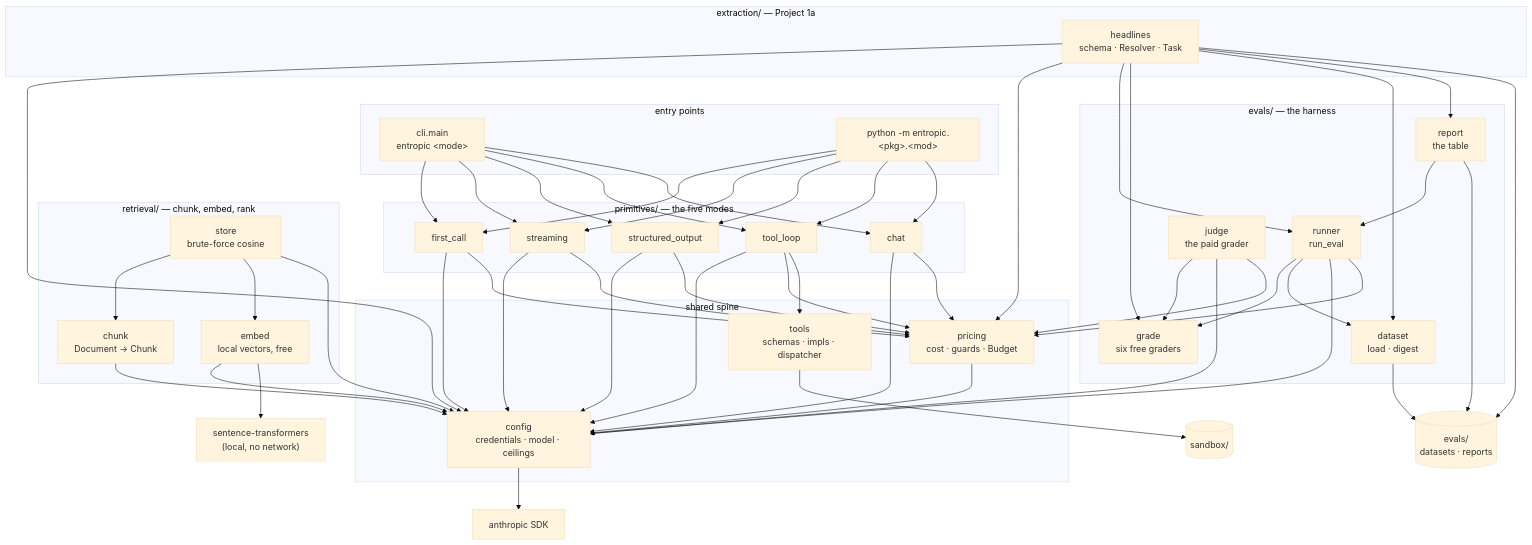
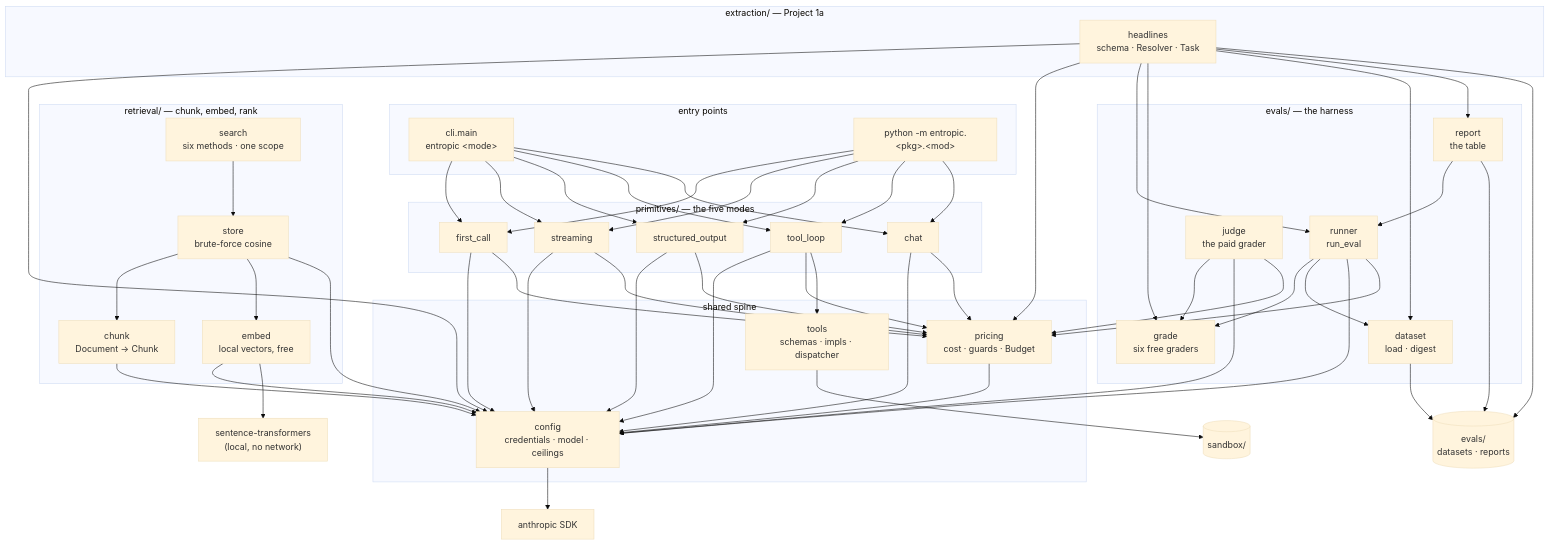
One commit to vedantdeo/aigent changed the diagram in docs/knowledge-graph.md. Above: the diagram before and after it, drawn with Mermaid (base theme). The commit also changed other lines of this file and 8 other files, not shown here.

First line of the commit message:
Move the ranking into retrieval/search.py, so the eval and its callers share one

````diff
--- a/docs/knowledge-graph.md
+++ b/docs/knowledge-graph.md
@@ -51,63 +51,65 @@
 ```mermaid
 graph TD
     subgraph entry["entry points"]
         CLI["cli.main<br/>entropic &lt;mode&gt;"]
         DUNDER["python -m entropic.&lt;pkg&gt;.&lt;mod&gt;"]
     end
 
     subgraph primitives["primitives/ — the five modes"]
         FC["first_call"]
         ST["streaming"]
         SO["structured_output"]
         TL["tool_loop"]
         CH["chat"]
     end
 
     subgraph retrieval["retrieval/ — chunk, embed, rank"]
         CHK["chunk<br/>Document → Chunk"]
         EMB["embed<br/>local vectors, free"]
         STR["store<br/>brute-force cosine"]
+        SRCH["search<br/>six methods · one scope"]
     end
 
     subgraph extraction["extraction/ — Project 1a"]
         HL["headlines<br/>schema · Resolver · Task"]
     end
 
     subgraph evals["evals/ — the harness"]
         RUN["runner<br/>run_eval"]
         GRD["grade<br/>six free graders"]
         JDG["judge<br/>the paid grader"]
         DAT["dataset<br/>load · digest"]
         REP["report<br/>the table"]
     end
 
     subgraph shared["shared spine"]
         CFG["config<br/>credentials · model · ceilings"]
         PRC["pricing<br/>cost · guards · Budget"]
         TOOLS["tools<br/>schemas · impls · dispatcher"]
     end
 
     SDK["anthropic SDK"]
     BOX[("sandbox/")]
     DISK[("evals/<br/>datasets · reports")]
 
     CLI --> FC & ST & SO & TL & CH
     DUNDER --> FC & ST & SO & TL & CH
     FC & ST & SO & CH --> CFG & PRC
     TL --> CFG & PRC
     TL --> TOOLS
     RUN --> GRD & DAT & CFG & PRC
     JDG --> GRD & CFG & PRC
     CHK --> CFG
     EMB --> CFG
     STR --> CHK & EMB & CFG
+    SRCH --> STR
     EMB --> ST2["sentence-transformers<br/>(local, no network)"]
     REP --> RUN
     HL --> CFG & PRC
     HL --> RUN & GRD & DAT & REP
     HL --> DISK
     DAT & REP --> DISK
     PRC --> CFG
     CFG --> SDK
     TOOLS --> BOX
 ```
````
